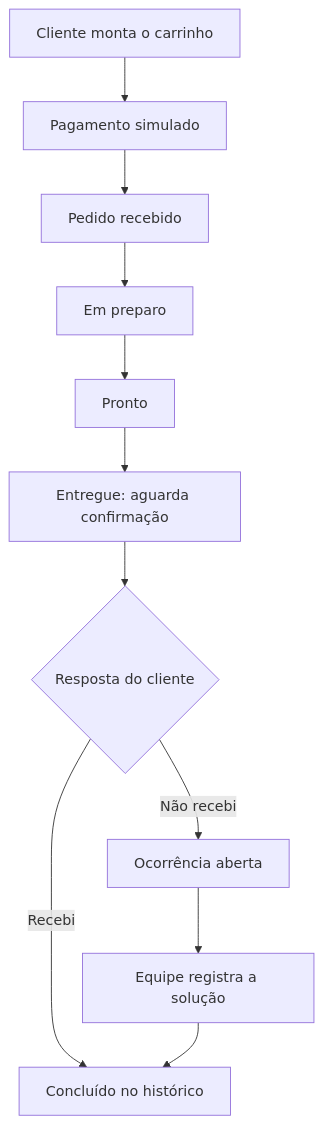
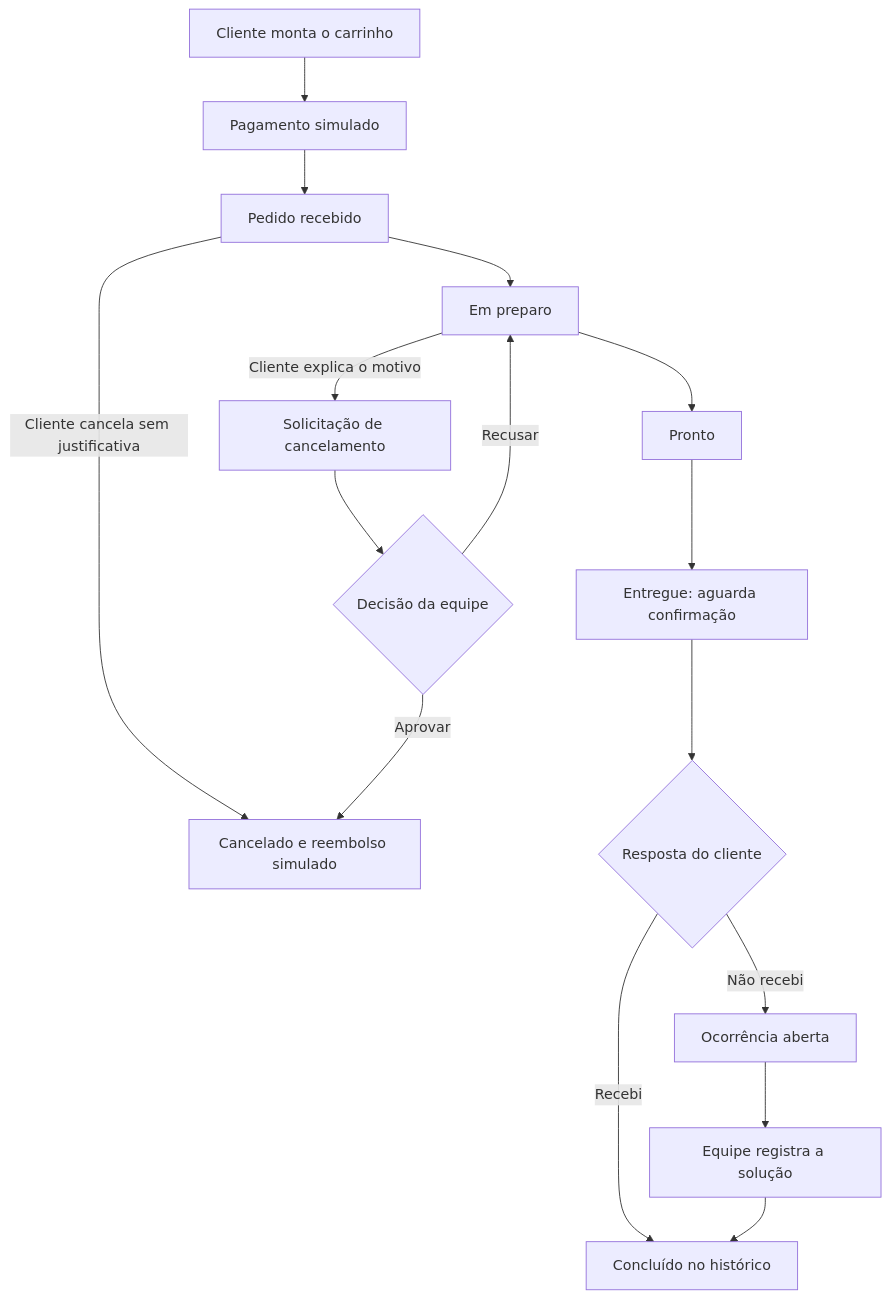
Before and after one commit to kiellzz/restaurant-flow-system: the diagram in README.md, drawn with Mermaid. The commit also changed other lines of this file and 39 other files, not shown here.

````diff
--- a/README.md
+++ b/README.md
@@ -53,13 +70,18 @@
 ```mermaid
 flowchart TD
     A[Cliente monta o carrinho] --> B[Pagamento simulado]
     B --> C[Pedido recebido]
+    C -->|Cliente cancela sem justificativa| X[Cancelado e reembolso simulado]
     C --> D[Em preparo]
+    D -->|Cliente explica o motivo| S[Solicitação de cancelamento]
+    S --> R{Decisão da equipe}
+    R -->|Aprovar| X
+    R -->|Recusar| D
     D --> E[Pronto]
     E --> F[Entregue: aguarda confirmação]
     F --> G{Resposta do cliente}
     G -->|Recebi| H[Concluído no histórico]
     G -->|Não recebi| I[Ocorrência aberta]
     I --> J[Equipe registra a solução]
     J --> H
 ```
````
